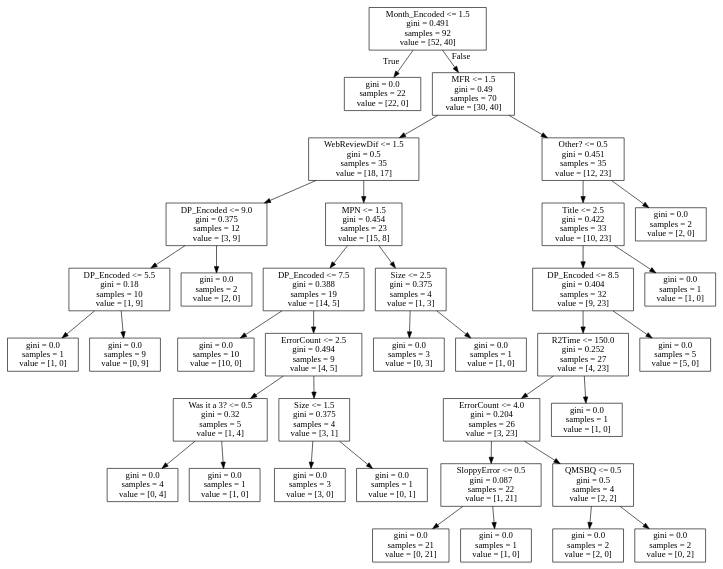
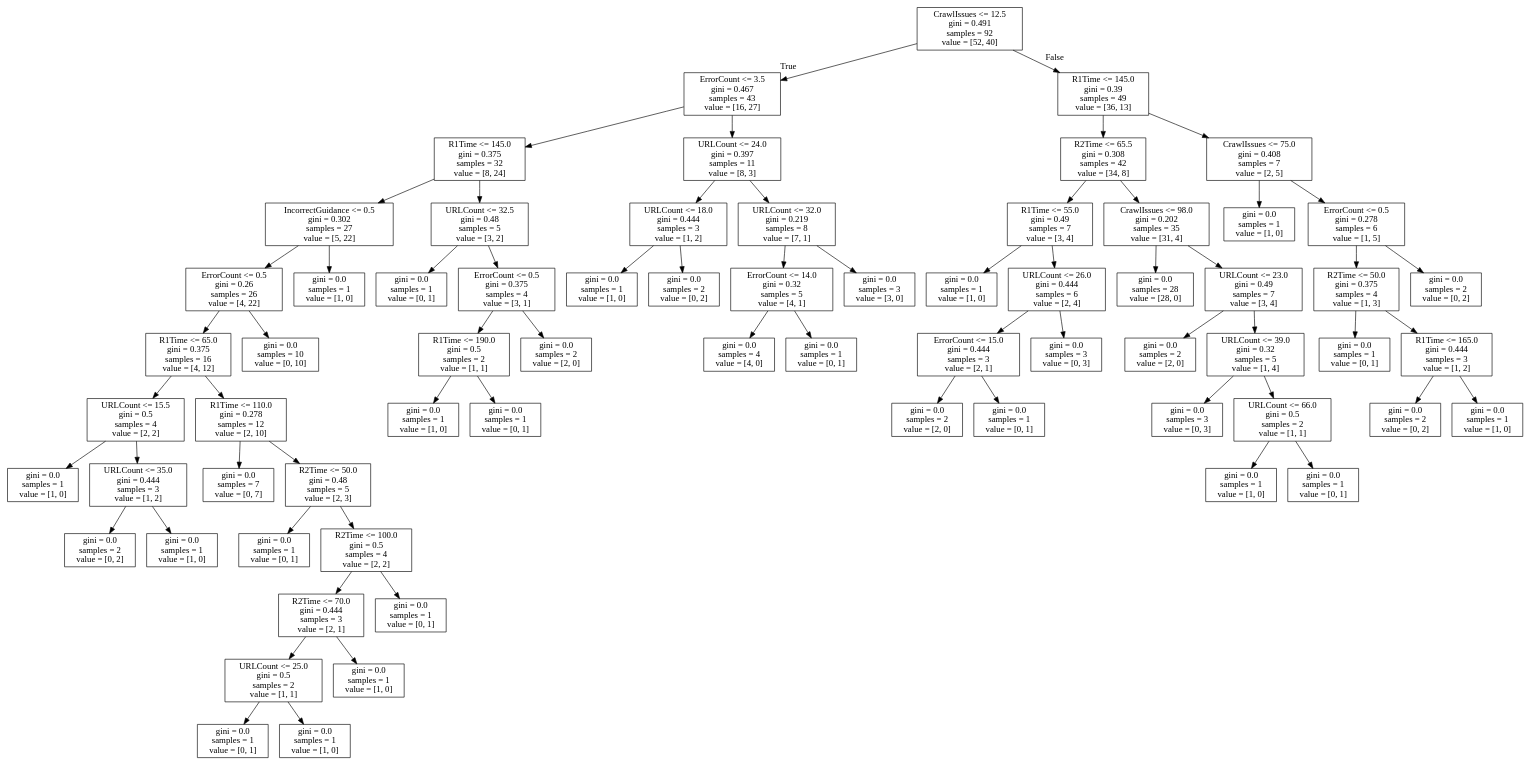
One commit to Yumil22/Curso_Python changed the diagram in tree.dot. Above: the diagram before and after it, drawn with Graphviz. The commit also changed 3 other files, not shown here.

```diff
--- a/tree.dot
+++ b/tree.dot
@@ -1,76 +1,136 @@
 digraph Tree {
 node [shape=box] ;
-0 [label="Month_Encoded <= 1.5\ngini = 0.491\nsamples = 92\nvalue = [52, 40]"] ;
-1 [label="gini = 0.0\nsamples = 22\nvalue = [22, 0]"] ;
+0 [label="CrawlIssues <= 12.5\ngini = 0.491\nsamples = 92\nvalue = [52, 40]"] ;
+1 [label="ErrorCount <= 3.5\ngini = 0.467\nsamples = 43\nvalue = [16, 27]"] ;
 0 -> 1 [labeldistance=2.5, labelangle=45, headlabel="True"] ;
-2 [label="MFR <= 1.5\ngini = 0.49\nsamples = 70\nvalue = [30, 40]"] ;
-0 -> 2 [labeldistance=2.5, labelangle=-45, headlabel="False"] ;
-3 [label="WebReviewDif <= 1.5\ngini = 0.5\nsamples = 35\nvalue = [18, 17]"] ;
+2 [label="R1Time <= 145.0\ngini = 0.375\nsamples = 32\nvalue = [8, 24]"] ;
+1 -> 2 ;
+3 [label="IncorrectGuidance <= 0.5\ngini = 0.302\nsamples = 27\nvalue = [5, 22]"] ;
 2 -> 3 ;
-4 [label="DP_Encoded <= 9.0\ngini = 0.375\nsamples = 12\nvalue = [3, 9]"] ;
+4 [label="ErrorCount <= 0.5\ngini = 0.26\nsamples = 26\nvalue = [4, 22]"] ;
 3 -> 4 ;
-5 [label="DP_Encoded <= 5.5\ngini = 0.18\nsamples = 10\nvalue = [1, 9]"] ;
+5 [label="R1Time <= 65.0\ngini = 0.375\nsamples = 16\nvalue = [4, 12]"] ;
 4 -> 5 ;
-6 [label="gini = 0.0\nsamples = 1\nvalue = [1, 0]"] ;
+6 [label="URLCount <= 15.5\ngini = 0.5\nsamples = 4\nvalue = [2, 2]"] ;
 5 -> 6 ;
-7 [label="gini = 0.0\nsamples = 9\nvalue = [0, 9]"] ;
-5 -> 7 ;
-8 [label="gini = 0.0\nsamples = 2\nvalue = [2, 0]"] ;
-4 -> 8 ;
-9 [label="MPN <= 1.5\ngini = 0.454\nsamples = 23\nvalue = [15, 8]"] ;
-3 -> 9 ;
-10 [label="DP_Encoded <= 7.5\ngini = 0.388\nsamples = 19\nvalue = [14, 5]"] ;
-9 -> 10 ;
-11 [label="gini = 0.0\nsamples = 10\nvalue = [10, 0]"] ;
-10 -> 11 ;
-12 [label="ErrorCount <= 2.5\ngini = 0.494\nsamples = 9\nvalue = [4, 5]"] ;
-10 -> 12 ;
-13 [label="Was it a 3? <= 0.5\ngini = 0.32\nsamples = 5\nvalue = [1, 4]"] ;
-12 -> 13 ;
-14 [label="gini = 0.0\nsamples = 4\nvalue = [0, 4]"] ;
+7 [label="gini = 0.0\nsamples = 1\nvalue = [1, 0]"] ;
+6 -> 7 ;
+8 [label="URLCount <= 35.0\ngini = 0.444\nsamples = 3\nvalue = [1, 2]"] ;
+6 -> 8 ;
+9 [label="gini = 0.0\nsamples = 2\nvalue = [0, 2]"] ;
+8 -> 9 ;
+10 [label="gini = 0.0\nsamples = 1\nvalue = [1, 0]"] ;
+8 -> 10 ;
+11 [label="R1Time <= 110.0\ngini = 0.278\nsamples = 12\nvalue = [2, 10]"] ;
+5 -> 11 ;
+12 [label="gini = 0.0\nsamples = 7\nvalue = [0, 7]"] ;
+11 -> 12 ;
+13 [label="R2Time <= 50.0\ngini = 0.48\nsamples = 5\nvalue = [2, 3]"] ;
+11 -> 13 ;
+14 [label="gini = 0.0\nsamples = 1\nvalue = [0, 1]"] ;
 13 -> 14 ;
-15 [label="gini = 0.0\nsamples = 1\nvalue = [1, 0]"] ;
+15 [label="R2Time <= 100.0\ngini = 0.5\nsamples = 4\nvalue = [2, 2]"] ;
 13 -> 15 ;
-16 [label="Size <= 1.5\ngini = 0.375\nsamples = 4\nvalue = [3, 1]"] ;
-12 -> 16 ;
-17 [label="gini = 0.0\nsamples = 3\nvalue = [3, 0]"] ;
+16 [label="R2Time <= 70.0\ngini = 0.444\nsamples = 3\nvalue = [2, 1]"] ;
+15 -> 16 ;
+17 [label="URLCount <= 25.0\ngini = 0.5\nsamples = 2\nvalue = [1, 1]"] ;
 16 -> 17 ;
 18 [label="gini = 0.0\nsamples = 1\nvalue = [0, 1]"] ;
-16 -> 18 ;
-19 [label="Size <= 2.5\ngini = 0.375\nsamples = 4\nvalue = [1, 3]"] ;
-9 -> 19 ;
-20 [label="gini = 0.0\nsamples = 3\nvalue = [0, 3]"] ;
-19 -> 20 ;
-21 [label="gini = 0.0\nsamples = 1\nvalue = [1, 0]"] ;
-19 -> 21 ;
-22 [label="Other? <= 0.5\ngini = 0.451\nsamples = 35\nvalue = [12, 23]"] ;
-2 -> 22 ;
-23 [label="Title <= 2.5\ngini = 0.422\nsamples = 33\nvalue = [10, 23]"] ;
-22 -> 23 ;
-24 [label="DP_Encoded <= 8.5\ngini = 0.404\nsamples = 32\nvalue = [9, 23]"] ;
-23 -> 24 ;
-25 [label="R2Time <= 150.0\ngini = 0.252\nsamples = 27\nvalue = [4, 23]"] ;
+17 -> 18 ;
+19 [label="gini = 0.0\nsamples = 1\nvalue = [1, 0]"] ;
+17 -> 19 ;
+20 [label="gini = 0.0\nsamples = 1\nvalue = [1, 0]"] ;
+16 -> 20 ;
+21 [label="gini = 0.0\nsamples = 1\nvalue = [0, 1]"] ;
+15 -> 21 ;
+22 [label="gini = 0.0\nsamples = 10\nvalue = [0, 10]"] ;
+4 -> 22 ;
+23 [label="gini = 0.0\nsamples = 1\nvalue = [1, 0]"] ;
+3 -> 23 ;
+24 [label="URLCount <= 32.5\ngini = 0.48\nsamples = 5\nvalue = [3, 2]"] ;
+2 -> 24 ;
+25 [label="gini = 0.0\nsamples = 1\nvalue = [0, 1]"] ;
 24 -> 25 ;
-26 [label="ErrorCount <= 4.0\ngini = 0.204\nsamples = 26\nvalue = [3, 23]"] ;
-25 -> 26 ;
-27 [label="SloppyError <= 0.5\ngini = 0.087\nsamples = 22\nvalue = [1, 21]"] ;
+26 [label="ErrorCount <= 0.5\ngini = 0.375\nsamples = 4\nvalue = [3, 1]"] ;
+24 -> 26 ;
+27 [label="R1Time <= 190.0\ngini = 0.5\nsamples = 2\nvalue = [1, 1]"] ;
 26 -> 27 ;
-28 [label="gini = 0.0\nsamples = 21\nvalue = [0, 21]"] ;
+28 [label="gini = 0.0\nsamples = 1\nvalue = [1, 0]"] ;
 27 -> 28 ;
-29 [label="gini = 0.0\nsamples = 1\nvalue = [1, 0]"] ;
+29 [label="gini = 0.0\nsamples = 1\nvalue = [0, 1]"] ;
 27 -> 29 ;
-30 [label="QMSBQ <= 0.5\ngini = 0.5\nsamples = 4\nvalue = [2, 2]"] ;
+30 [label="gini = 0.0\nsamples = 2\nvalue = [2, 0]"] ;
 26 -> 30 ;
-31 [label="gini = 0.0\nsamples = 2\nvalue = [2, 0]"] ;
-30 -> 31 ;
-32 [label="gini = 0.0\nsamples = 2\nvalue = [0, 2]"] ;
-30 -> 32 ;
+31 [label="URLCount <= 24.0\ngini = 0.397\nsamples = 11\nvalue = [8, 3]"] ;
+1 -> 31 ;
+32 [label="URLCount <= 18.0\ngini = 0.444\nsamples = 3\nvalue = [1, 2]"] ;
+31 -> 32 ;
 33 [label="gini = 0.0\nsamples = 1\nvalue = [1, 0]"] ;
-25 -> 33 ;
-34 [label="gini = 0.0\nsamples = 5\nvalue = [5, 0]"] ;
-24 -> 34 ;
-35 [label="gini = 0.0\nsamples = 1\nvalue = [1, 0]"] ;
-23 -> 35 ;
-36 [label="gini = 0.0\nsamples = 2\nvalue = [2, 0]"] ;
-22 -> 36 ;
+32 -> 33 ;
+34 [label="gini = 0.0\nsamples = 2\nvalue = [0, 2]"] ;
+32 -> 34 ;
+35 [label="URLCount <= 32.0\ngini = 0.219\nsamples = 8\nvalue = [7, 1]"] ;
+31 -> 35 ;
+36 [label="ErrorCount <= 14.0\ngini = 0.32\nsamples = 5\nvalue = [4, 1]"] ;
+35 -> 36 ;
+37 [label="gini = 0.0\nsamples = 4\nvalue = [4, 0]"] ;
+36 -> 37 ;
+38 [label="gini = 0.0\nsamples = 1\nvalue = [0, 1]"] ;
+36 -> 38 ;
+39 [label="gini = 0.0\nsamples = 3\nvalue = [3, 0]"] ;
+35 -> 39 ;
+40 [label="R1Time <= 145.0\ngini = 0.39\nsamples = 49\nvalue = [36, 13]"] ;
+0 -> 40 [labeldistance=2.5, labelangle=-45, headlabel="False"] ;
+41 [label="R2Time <= 65.5\ngini = 0.308\nsamples = 42\nvalue = [34, 8]"] ;
+40 -> 41 ;
+42 [label="R1Time <= 55.0\ngini = 0.49\nsamples = 7\nvalue = [3, 4]"] ;
+41 -> 42 ;
+43 [label="gini = 0.0\nsamples = 1\nvalue = [1, 0]"] ;
+42 -> 43 ;
+44 [label="URLCount <= 26.0\ngini = 0.444\nsamples = 6\nvalue = [2, 4]"] ;
+42 -> 44 ;
+45 [label="ErrorCount <= 15.0\ngini = 0.444\nsamples = 3\nvalue = [2, 1]"] ;
+44 -> 45 ;
+46 [label="gini = 0.0\nsamples = 2\nvalue = [2, 0]"] ;
+45 -> 46 ;
+47 [label="gini = 0.0\nsamples = 1\nvalue = [0, 1]"] ;
+45 -> 47 ;
+48 [label="gini = 0.0\nsamples = 3\nvalue = [0, 3]"] ;
+44 -> 48 ;
+49 [label="CrawlIssues <= 98.0\ngini = 0.202\nsamples = 35\nvalue = [31, 4]"] ;
+41 -> 49 ;
+50 [label="gini = 0.0\nsamples = 28\nvalue = [28, 0]"] ;
+49 -> 50 ;
+51 [label="URLCount <= 23.0\ngini = 0.49\nsamples = 7\nvalue = [3, 4]"] ;
+49 -> 51 ;
+52 [label="gini = 0.0\nsamples = 2\nvalue = [2, 0]"] ;
+51 -> 52 ;
+53 [label="URLCount <= 39.0\ngini = 0.32\nsamples = 5\nvalue = [1, 4]"] ;
+51 -> 53 ;
+54 [label="gini = 0.0\nsamples = 3\nvalue = [0, 3]"] ;
+53 -> 54 ;
+55 [label="URLCount <= 66.0\ngini = 0.5\nsamples = 2\nvalue = [1, 1]"] ;
+53 -> 55 ;
+56 [label="gini = 0.0\nsamples = 1\nvalue = [1, 0]"] ;
+55 -> 56 ;
+57 [label="gini = 0.0\nsamples = 1\nvalue = [0, 1]"] ;
+55 -> 57 ;
+58 [label="CrawlIssues <= 75.0\ngini = 0.408\nsamples = 7\nvalue = [2, 5]"] ;
+40 -> 58 ;
+59 [label="gini = 0.0\nsamples = 1\nvalue = [1, 0]"] ;
+58 -> 59 ;
+60 [label="ErrorCount <= 0.5\ngini = 0.278\nsamples = 6\nvalue = [1, 5]"] ;
+58 -> 60 ;
+61 [label="R2Time <= 50.0\ngini = 0.375\nsamples = 4\nvalue = [1, 3]"] ;
+60 -> 61 ;
+62 [label="gini = 0.0\nsamples = 1\nvalue = [0, 1]"] ;
+61 -> 62 ;
+63 [label="R1Time <= 165.0\ngini = 0.444\nsamples = 3\nvalue = [1, 2]"] ;
+61 -> 63 ;
+64 [label="gini = 0.0\nsamples = 2\nvalue = [0, 2]"] ;
+63 -> 64 ;
+65 [label="gini = 0.0\nsamples = 1\nvalue = [1, 0]"] ;
+63 -> 65 ;
+66 [label="gini = 0.0\nsamples = 2\nvalue = [0, 2]"] ;
+60 -> 66 ;
 }
```
